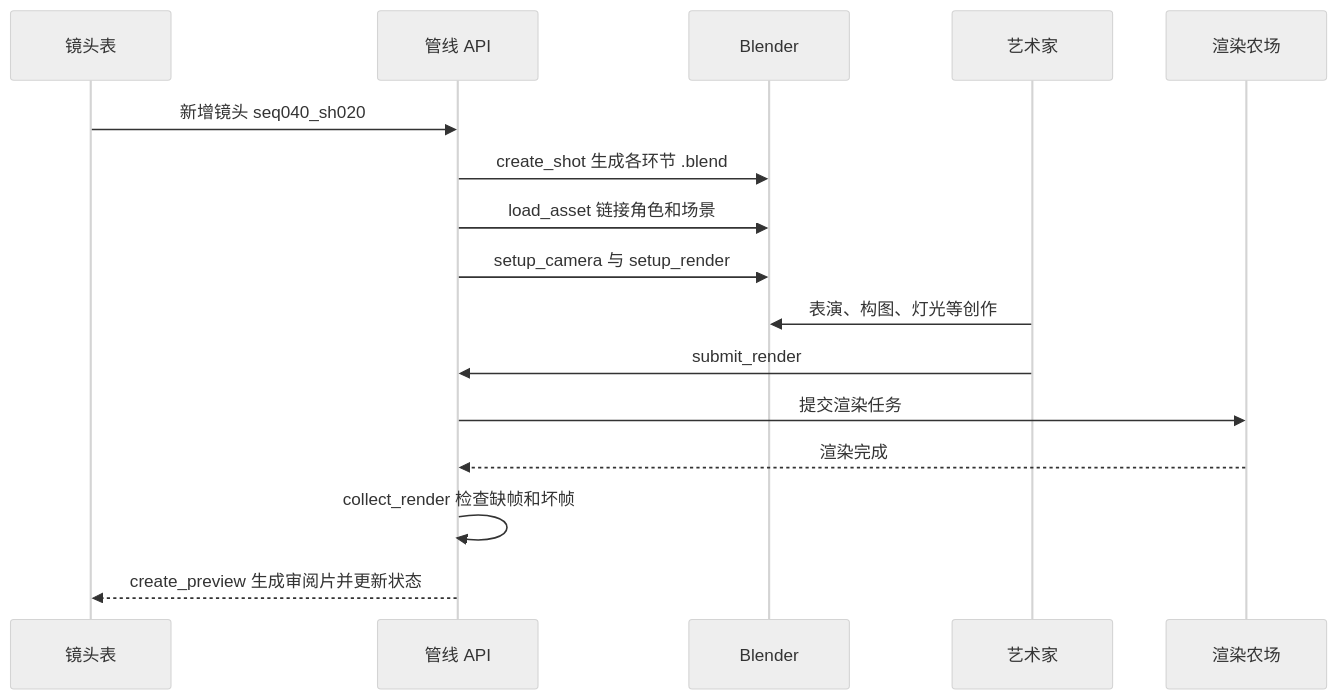
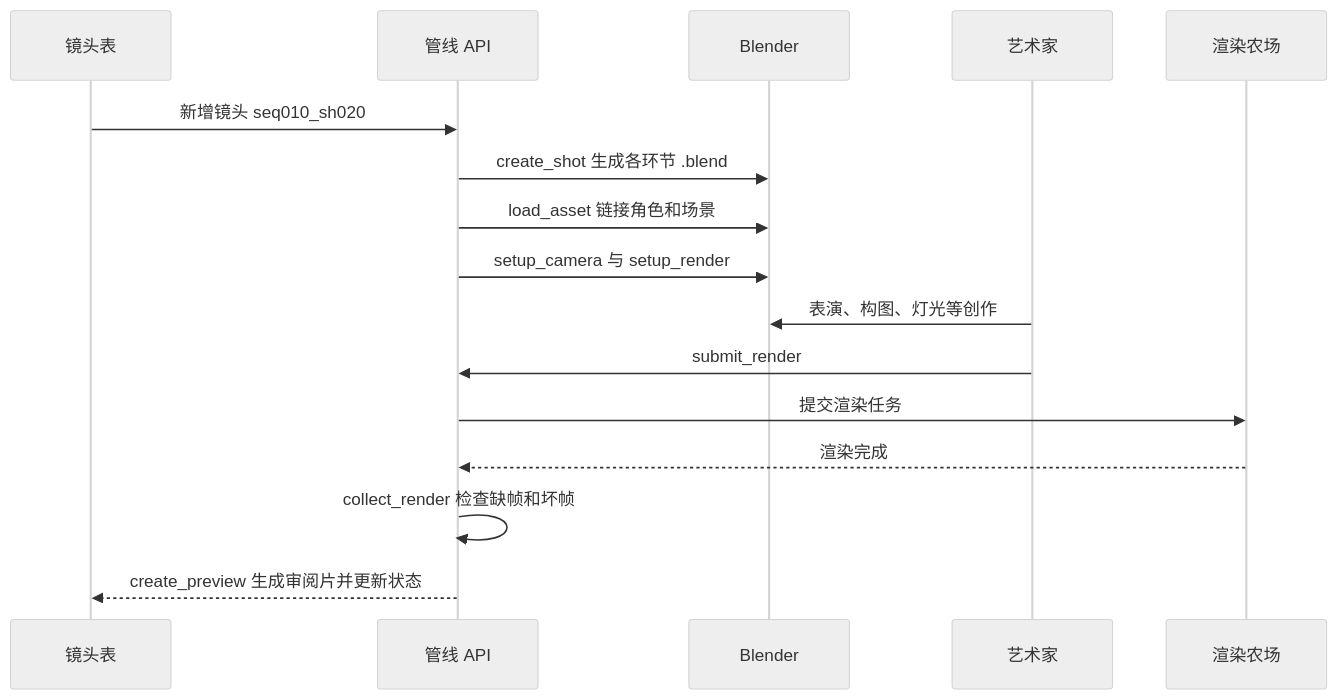
One commit to fred29910/ppsk changed diagram 20 of 22 in docs/dls.md. Above: the diagram before and after it, drawn with Mermaid (neutral theme). The commit also changed other lines of this file and 3 other files, not shown here.

````diff
--- a/docs/dls.md
+++ b/docs/dls.md
@@ -1051,18 +1052,18 @@
 ```mermaid
 sequenceDiagram
   participant DB as 镜头表
   participant P as 管线 API
   participant B as Blender
   participant A as 艺术家
   participant F as 渲染农场
-  DB->>P: 新增镜头 seq040_sh020
+  DB->>P: 新增镜头 seq010_sh020
   P->>B: create_shot 生成各环节 .blend
   P->>B: load_asset 链接角色和场景
   P->>B: setup_camera 与 setup_render
   A->>B: 表演、构图、灯光等创作
   A->>P: submit_render
   P->>F: 提交渲染任务
   F-->>P: 渲染完成
   P->>P: collect_render 检查缺帧和坏帧
   P-->>DB: create_preview 生成审阅片并更新状态
 ```
````
